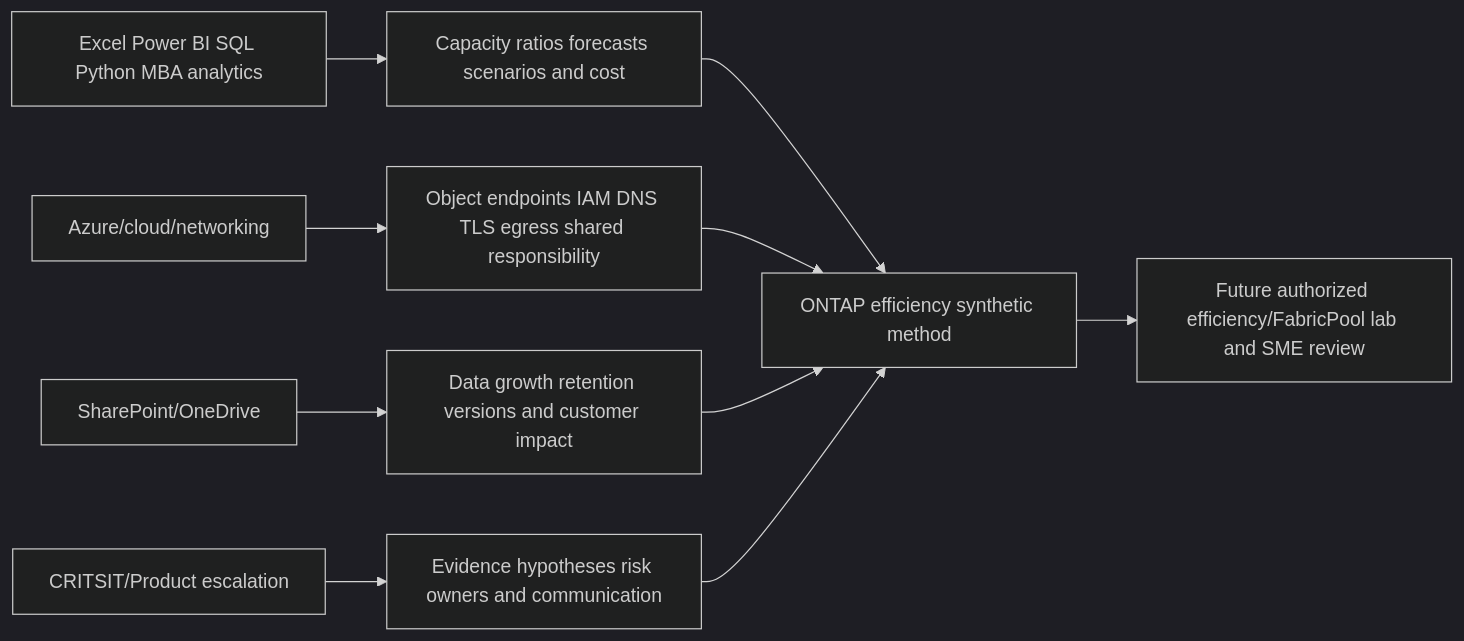
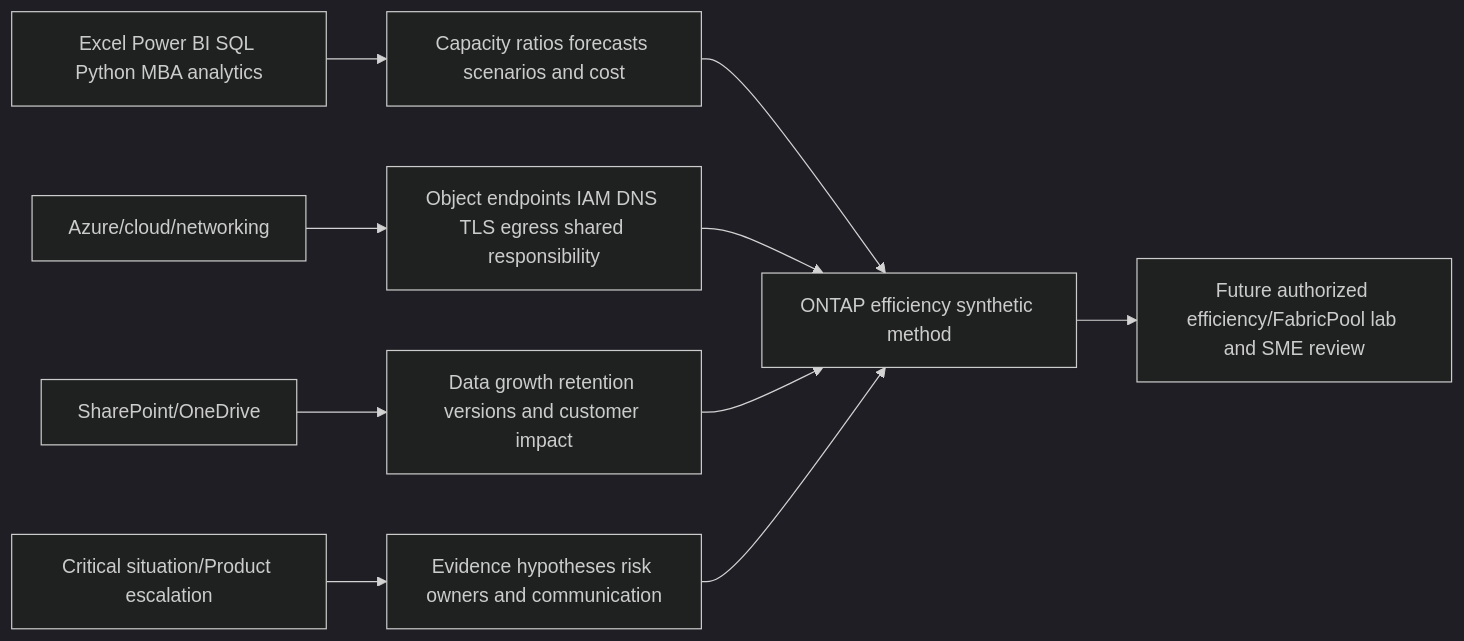
Before and after one commit to hichauhan-in/Interview-Prep: diagram 30 of 31 in NetApp TAM/prep/Part-34-storage-efficiency-fabricpool.md, drawn with Mermaid (dark theme). The commit also changed other lines of this file and 493 other files, not shown here.

````diff
--- a/NetApp TAM/prep/Part-34-storage-efficiency-fabricpool.md
+++ b/NetApp TAM/prep/Part-34-storage-efficiency-fabricpool.md
@@ -965,12 +965,12 @@
 ```mermaid
 flowchart LR
     BI[Excel Power BI SQL Python MBA analytics] --> MODEL[Capacity ratios forecasts scenarios and cost]
     AZ[Azure/cloud/networking] --> CLOUD[Object endpoints IAM DNS TLS egress shared responsibility]
     SPO[SharePoint/OneDrive] --> DATA[Data growth retention versions and customer impact]
-    CRIT[CRITSIT/Product escalation] --> SAFE[Evidence hypotheses risk owners and communication]
+    CRIT[Critical situation/Product escalation] --> SAFE[Evidence hypotheses risk owners and communication]
     MODEL --> EFF[ONTAP efficiency synthetic method]
     CLOUD --> EFF
     DATA --> EFF
     SAFE --> EFF
     EFF --> LAB[Future authorized efficiency/FabricPool lab and SME review]
 ```
````
